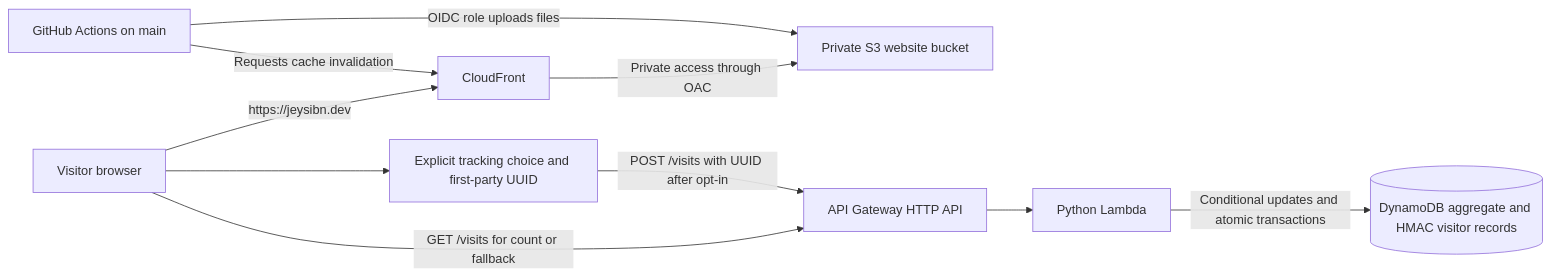
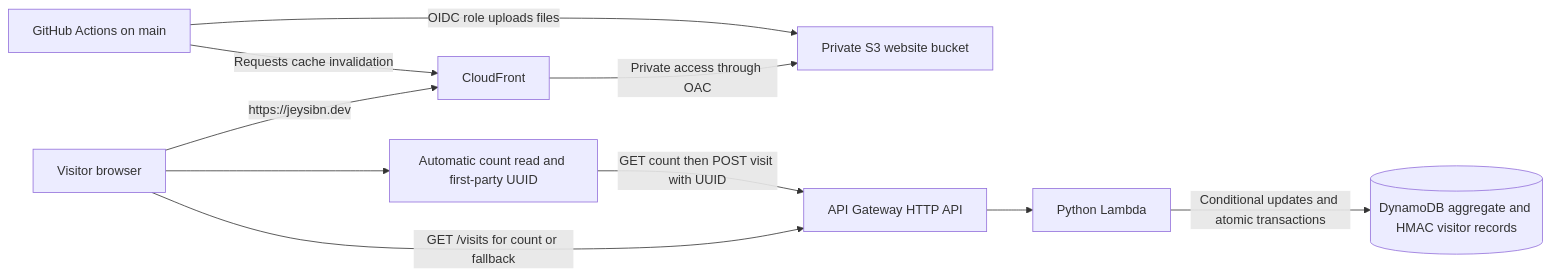
Before and after one commit to Jeysibn/cloud-resume-challenge: the diagram in docs/architecture.md, drawn with Mermaid. The commit also changed other lines of this file and 2 other files, not shown here.

````diff
--- a/docs/architecture.md
+++ b/docs/architecture.md
@@ -7,21 +7,21 @@
 ```mermaid
 flowchart LR
     B[Visitor browser]
-    C[Explicit tracking choice and first-party UUID]
+    C[Automatic count read and first-party UUID]
     CF[CloudFront]
     S3[Private S3 website bucket]
     API[API Gateway HTTP API]
     L[Python Lambda]
     DB[(DynamoDB aggregate and HMAC visitor records)]
     GH[GitHub Actions on main]
 
     B -->|https://jeysibn.dev| CF
     CF -->|Private access through OAC| S3
     B --> C
-    C -->|POST /visits with UUID after opt-in| API
+    C -->|GET count then POST visit with UUID| API
     B -->|GET /visits for count or fallback| API
     API --> L
     L -->|Conditional updates and atomic transactions| DB
     GH -->|OIDC role uploads files| S3
     GH -->|Requests cache invalidation| CF
 ```
````
